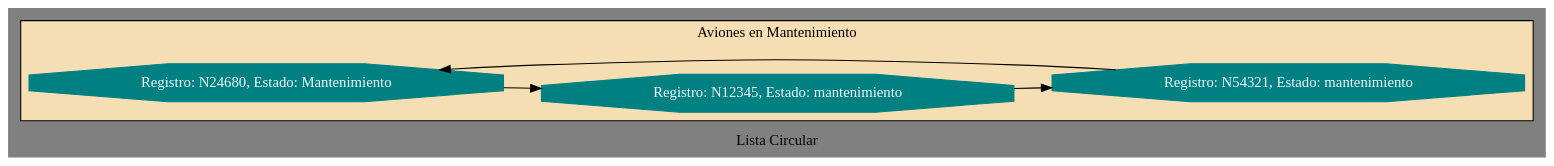
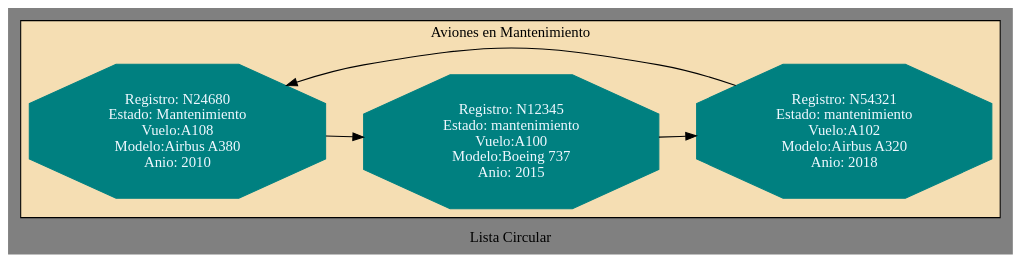
One commit to Edwinhndz/201807124_EDD_Practica changed the diagram in grafica_AvionesM.dot. Above: the diagram before and after it, drawn with Graphviz. The commit also changed 16 other files, not shown here.

First line of the commit message:
correciónes en graphviz

```diff
--- a/grafica_AvionesM.dot
+++ b/grafica_AvionesM.dot
@@ -1,12 +1,24 @@
 digraph G { 
 rankdir = LR;
 label="Lista Circular";bgcolor=grey 
 subgraph cluster_top_floor{
 bgcolor=wheat; 
 label="Aviones en Mantenimiento";
-nodo0[ shape=octagon, fontcolor=aliceblue , style=filled,color=teal, label="Registro: N24680, Estado: Mantenimiento"]
-nodo1[ shape=octagon, fontcolor=aliceblue , style=filled,color=teal, label="Registro: N12345, Estado: mantenimiento"]
-nodo2[ shape=octagon, fontcolor=aliceblue , style=filled,color=teal, label="Registro: N54321, Estado: mantenimiento"]
+nodo0[ shape=octagon, fontcolor=aliceblue , style=filled,color=teal, label="Registro: N24680
+Estado: Mantenimiento
+Vuelo:A108
+Modelo:Airbus A380
+Anio: 2010"]
+nodo1[ shape=octagon, fontcolor=aliceblue , style=filled,color=teal, label="Registro: N12345
+Estado: mantenimiento
+Vuelo:A100
+Modelo:Boeing 737
+Anio: 2015"]
+nodo2[ shape=octagon, fontcolor=aliceblue , style=filled,color=teal, label="Registro: N54321
+Estado: mantenimiento
+Vuelo:A102
+Modelo:Airbus A320
+Anio: 2018"]
 nodo0 -> nodo1 -> nodo2 -> nodo0;
 }
 }
```
